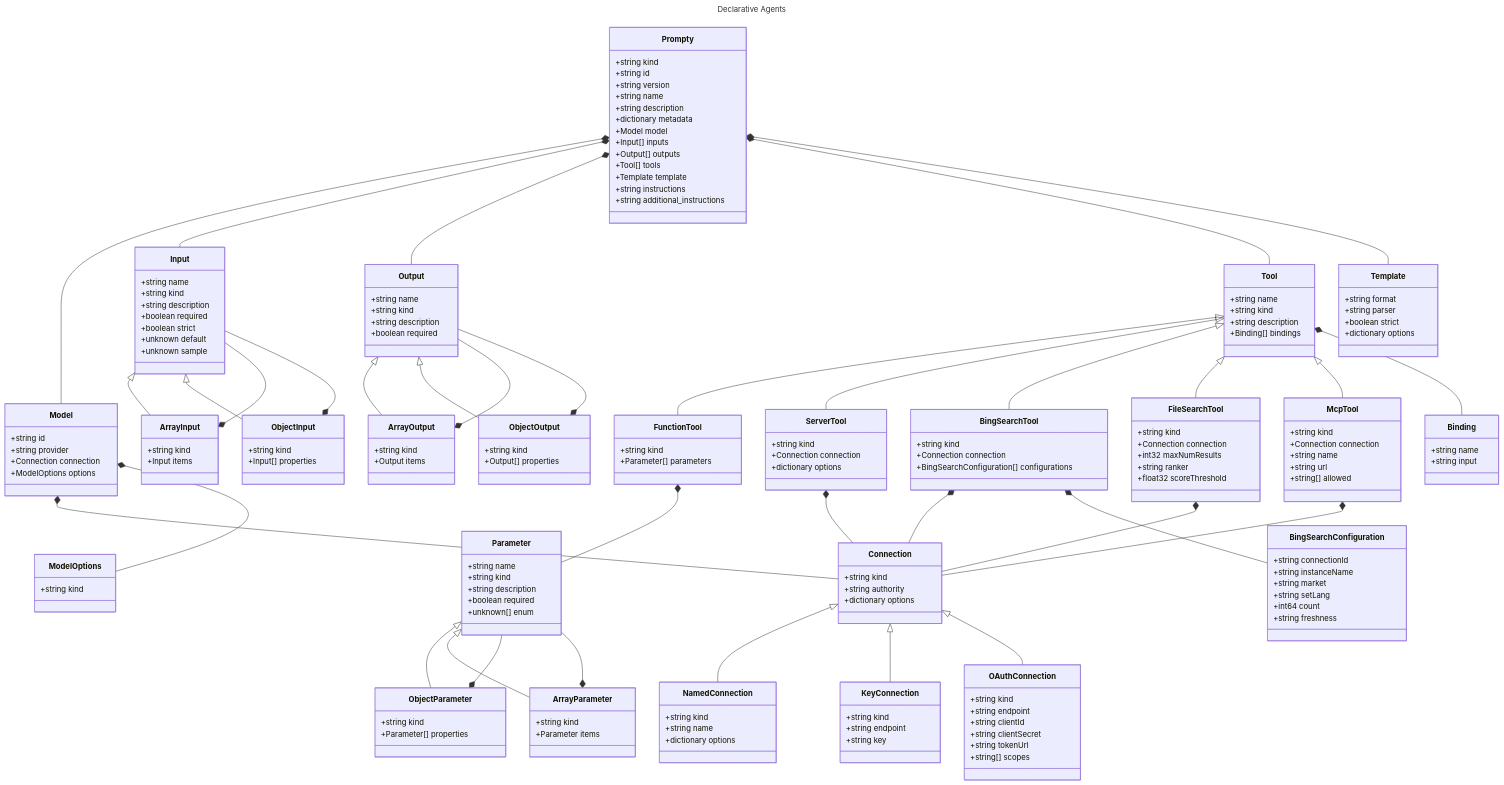
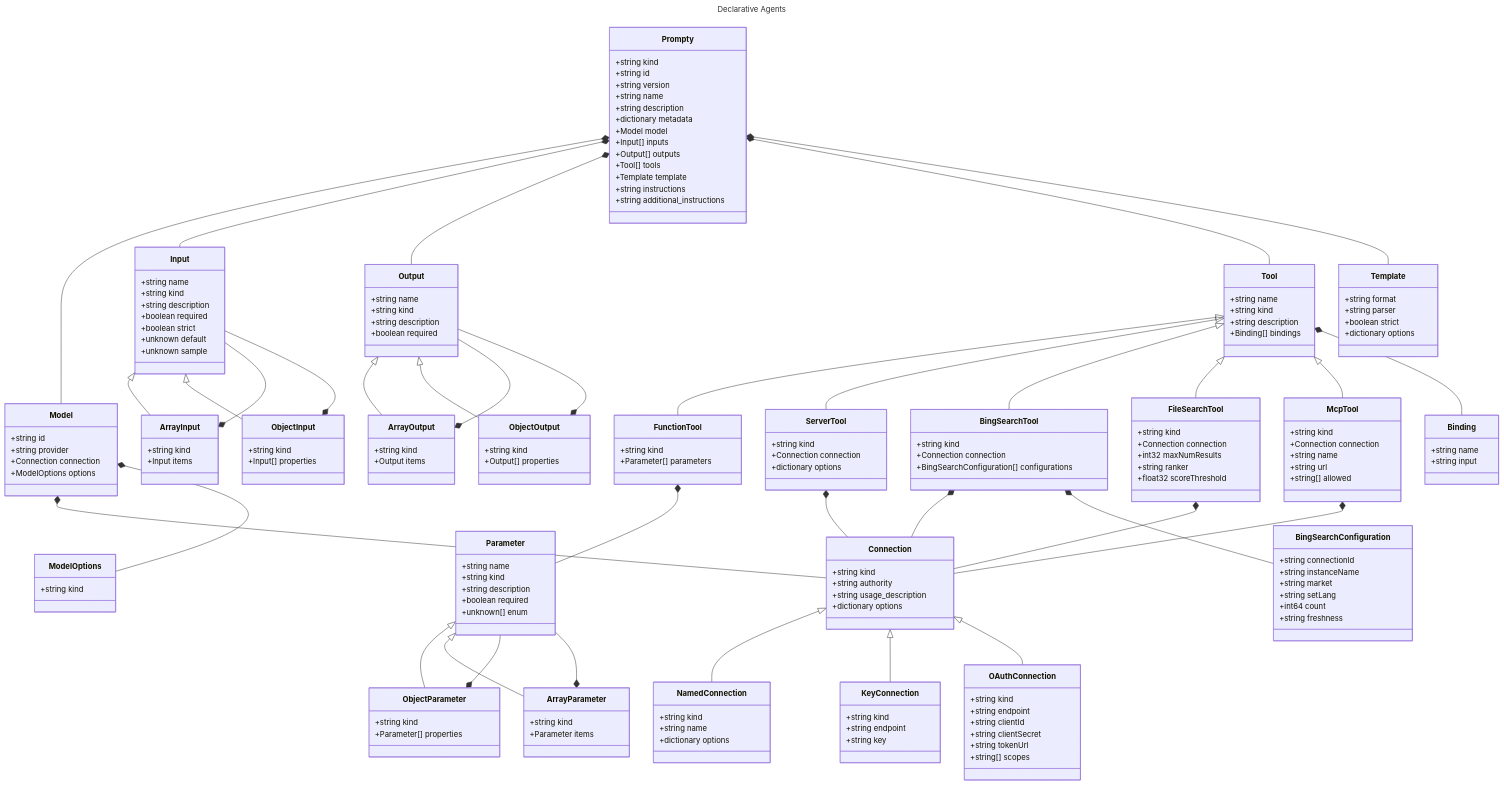
The diagram in specification/prompty/docs/README.md (microsoft/prompty), drawn with Mermaid before and after one commit. The commit also changed 3 other files, not shown here.

Commit message:
added compositional diagrams for each class

```diff
--- a/specification/prompty/docs/README.md
+++ b/specification/prompty/docs/README.md
@@ -11,6 +11,7 @@
     class Connection {
         +string kind
         +string authority
+        +string usage_description
         +dictionary options
     }
     class NamedConnection {
```
